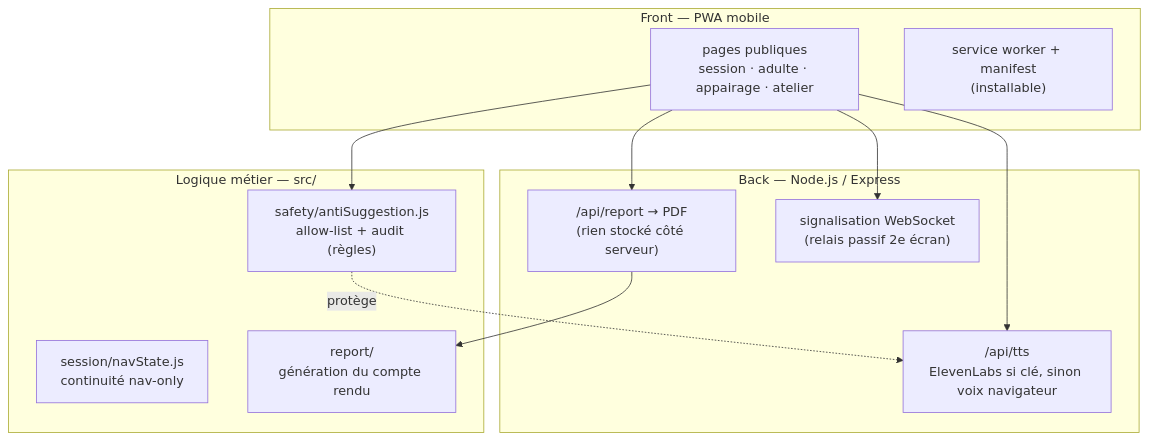
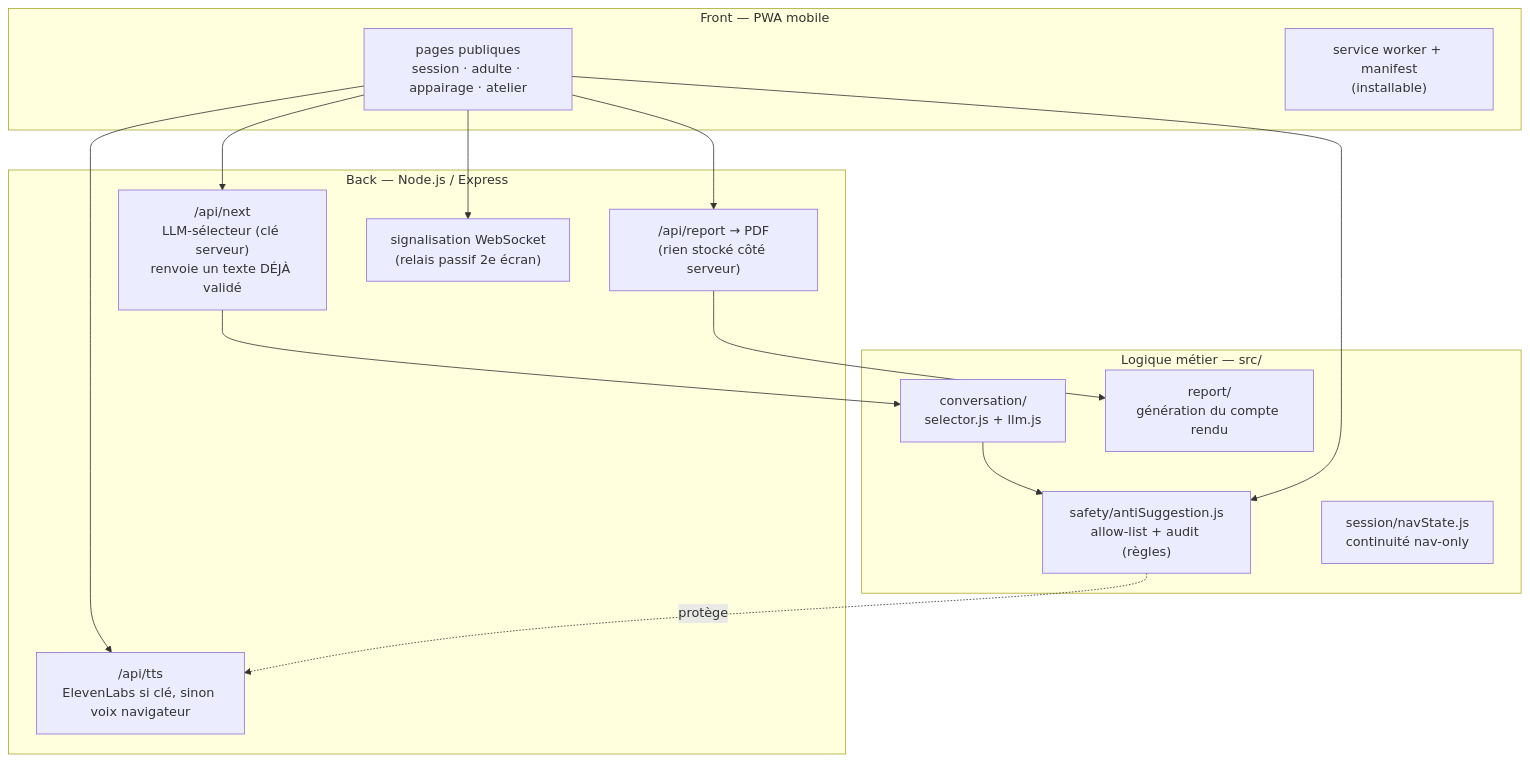
Before and after one commit to benoitdecuyper-dev/billy: the sixth of 6 diagrams in docs/wiki-presentation-billy.md, drawn with Mermaid. The commit also changed other lines of this file and 12 other files, not shown here.

First line of the commit message:
feat: LLM-sélecteur hybride (Billy parle plus) + prêt déploiement Render

````diff
--- a/docs/wiki-presentation-billy.md
+++ b/docs/wiki-presentation-billy.md
@@ -180,22 +194,26 @@
 ```mermaid
 flowchart TB
     subgraph Front["Front — PWA mobile"]
         UI["pages publiques<br/>session · adulte · appairage · atelier"]
         SW["service worker + manifest<br/>(installable)"]
     end
     subgraph Back["Back — Node.js / Express"]
+        NEXT["/api/next<br/>LLM-sélecteur (clé serveur)<br/>renvoie un texte DÉJÀ validé"]
         TTS["/api/tts<br/>ElevenLabs si clé, sinon voix navigateur"]
         REP["/api/report → PDF<br/>(rien stocké côté serveur)"]
         WS["signalisation WebSocket<br/>(relais passif 2e écran)"]
     end
     subgraph Logique["Logique métier — src/"]
+        SEL["conversation/<br/>selector.js + llm.js"]
         SAFE["safety/antiSuggestion.js<br/>allow-list + audit (règles)"]
         NAV["session/navState.js<br/>continuité nav-only"]
         RPT["report/<br/>génération du compte rendu"]
     end
+    UI --> NEXT --> SEL
+    SEL --> SAFE
     UI --> TTS
     UI --> REP --> RPT
     UI --> WS
     UI --> SAFE
     SAFE -. protège .-> TTS
 ```
````
